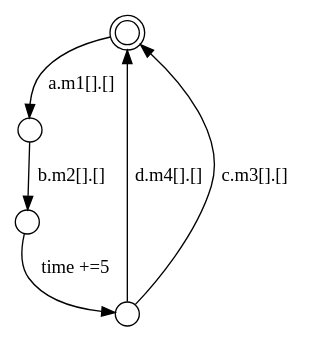
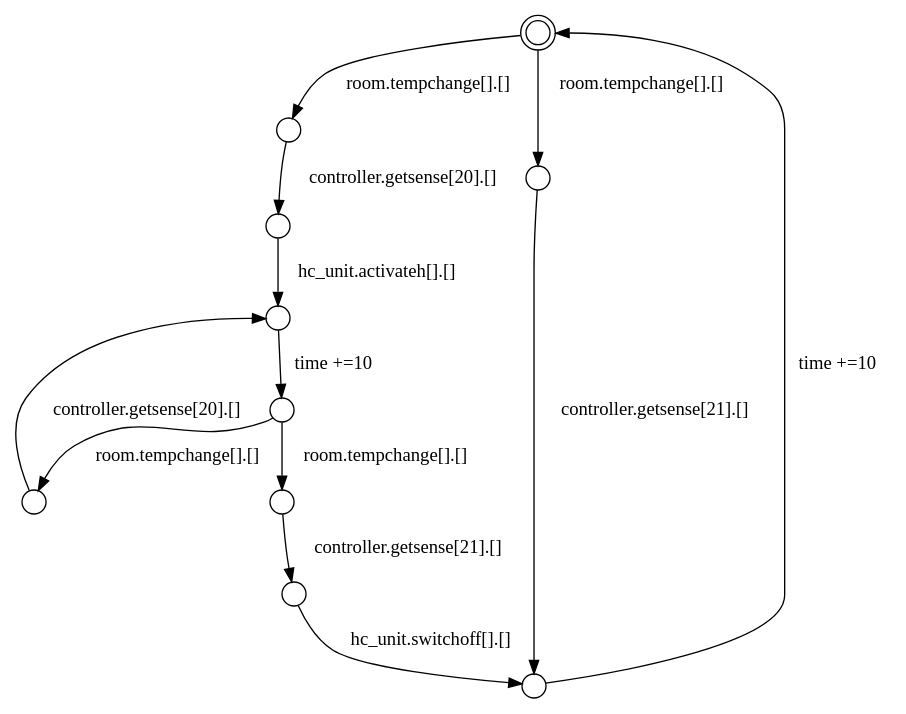
Before and after one commit to AliAtaollahi/Tinification: the diagram in 2-accoutput.dot, drawn with Graphviz. The commit also changed 11 other files, not shown here.

```diff
--- a/2-accoutput.dot
+++ b/2-accoutput.dot
@@ -1,16 +1,29 @@
 digraph G {
 center = TRUE;
 mclimit = 10.0;
 nodesep = 0.05;
 node [ width=0.25, height=0.25, label="" ];
-S3 [ peripheries=2 ];
+S1 [ peripheries=2 ];
 S0
 S1
 S2
 S3
-S3 -> S0[label="a.m1[].[]"];
-S0 -> S2[label="b.m2[].[]"];
-S1 -> S3[label="d.m4[].[]"];
-S1 -> S3[label="c.m3[].[]"];
-S2 -> S1[label="time +=5"];
+S4
+S5
+S6
+S7
+S8
+S9
+S1 -> S5[label="room.tempchange[].[]"];
+S1 -> S3[label="room.tempchange[].[]"];
+S2 -> S7[label="controller.getsense[20].[]"];
+S3 -> S6[label="controller.getsense[20].[]"];
+S4 -> S8[label="controller.getsense[21].[]"];
+S5 -> S0[label="controller.getsense[21].[]"];
+S6 -> S7[label="hc_unit.activateh[].[]"];
+S8 -> S0[label="hc_unit.switchoff[].[]"];
+S9 -> S4[label="room.tempchange[].[]"];
+S9 -> S2[label="room.tempchange[].[]"];
+S0 -> S1[label="time +=10"];
+S7 -> S9[label="time +=10"];
 }
```
